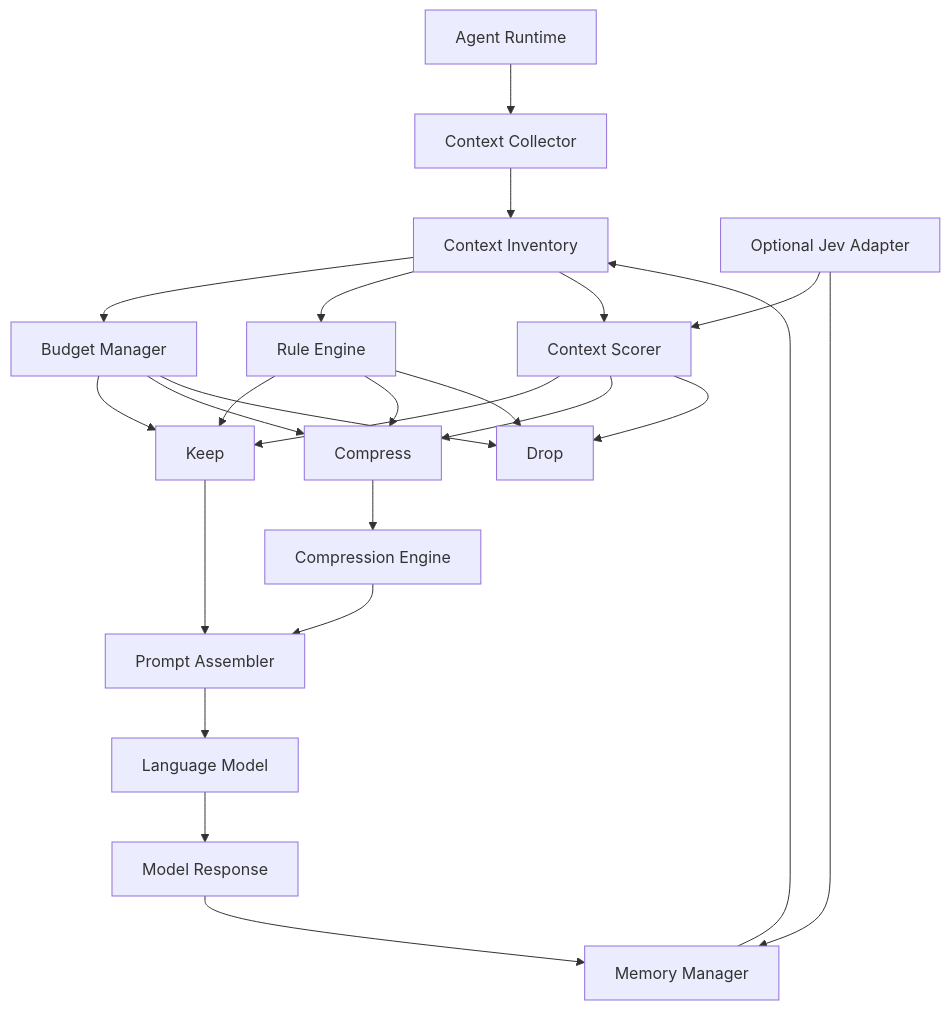
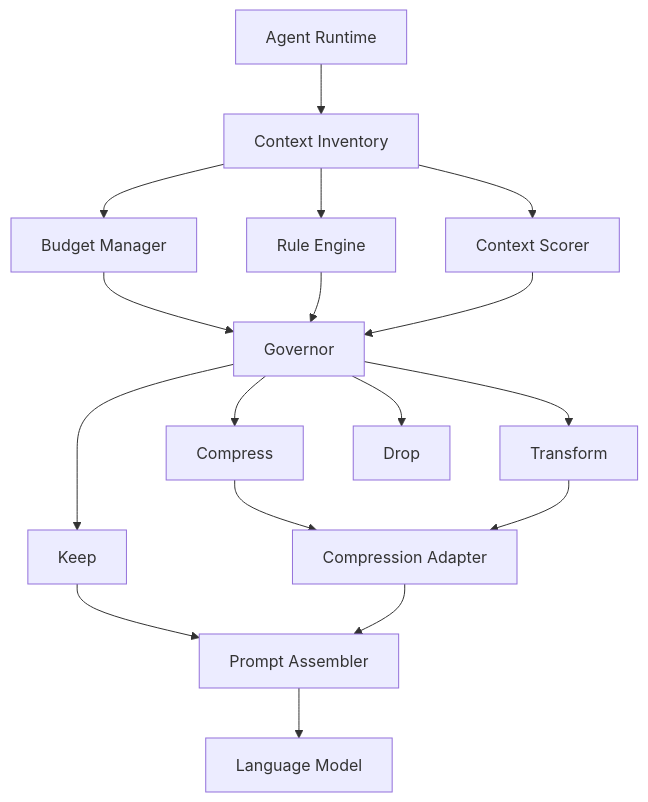
Before and after one commit to ddias-dev/ecc-curator: the first of 3 diagrams in docs/ARCHITECTURE.md, drawn with Mermaid. The commit also changed other lines of this file, not shown here.

First line of the commit message:
docs: Revise ECC Curator architecture documentation

````diff
--- a/docs/ARCHITECTURE.md
+++ b/docs/ARCHITECTURE.md
@@ -87,59 +84,47 @@
 ```mermaid
 flowchart TB
 
     Agent["Agent Runtime"]
-    Collector["Context Collector"]
+
     Inventory["Context Inventory"]
 
     Budget["Budget Manager"]
     Rules["Rule Engine"]
     Scorer["Context Scorer"]
 
+    Decision["Governor"]
+
     Keep["Keep"]
     Compress["Compress"]
+    Transform["Transform"]
     Drop["Drop"]
 
-    Compressor["Compression Engine"]
+    Compressor["Compression Adapter"]
+
     Assembler["Prompt Assembler"]
 
     LLM["Language Model"]
-    Response["Model Response"]
 
-    Memory["Memory Manager"]
-
-    Jev["Optional Jev Adapter"]
-
-    Agent --> Collector
-    Collector --> Inventory
+    Agent --> Inventory
 
     Inventory --> Budget
     Inventory --> Rules
     Inventory --> Scorer
 
-    Budget --> Keep
-    Budget --> Compress
-    Budget --> Drop
+    Budget --> Decision
+    Rules --> Decision
+    Scorer --> Decision
 
-    Rules --> Keep
-    Rules --> Compress
-    Rules --> Drop
-
-    Scorer --> Keep
-    Scorer --> Compress
-    Scorer --> Drop
+    Decision --> Keep
+    Decision --> Compress
+    Decision --> Transform
+    Decision --> Drop
 
     Compress --> Compressor
+    Transform --> Compressor
 
     Keep --> Assembler
     Compressor --> Assembler
 
     Assembler --> LLM
-
-    LLM --> Response
-
-    Response --> Memory
-    Memory --> Inventory
-
-    Jev --> Scorer
-    Jev --> Memory
 ```
````
